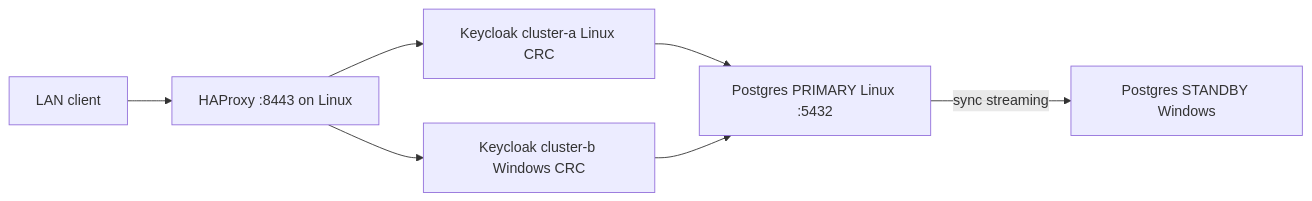
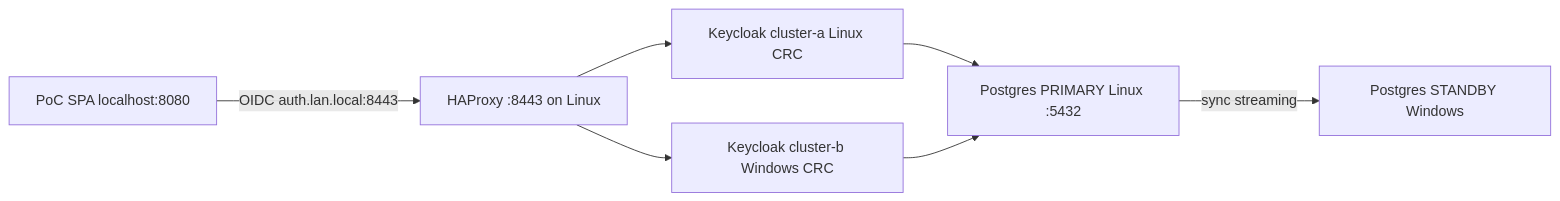
The diagram in README.md (Jerczey/rhbk-multi-cluster-v2), drawn with Mermaid before and after one commit. The commit also changed other lines of this file and 19 other files, not shown here.

First line of the commit message:
feat: add multi-site PoC SPA with shared auth.lan.local issuer

````diff
--- a/README.md
+++ b/README.md
@@ -34,9 +36,9 @@
 ```mermaid
 flowchart LR
-  Client[LAN client] --> LB[HAProxy :8443 on Linux]
+  SPA[PoC SPA localhost:8080] -->|"OIDC auth.lan.local:8443"| LB[HAProxy :8443 on Linux]
   LB --> KCA[Keycloak cluster-a Linux CRC]
   LB --> KCB[Keycloak cluster-b Windows CRC]
   KCA --> PGA[Postgres PRIMARY Linux :5432]
   KCB --> PGA
   PGA -->|sync streaming| PGB[Postgres STANDBY Windows]
 ```
````
